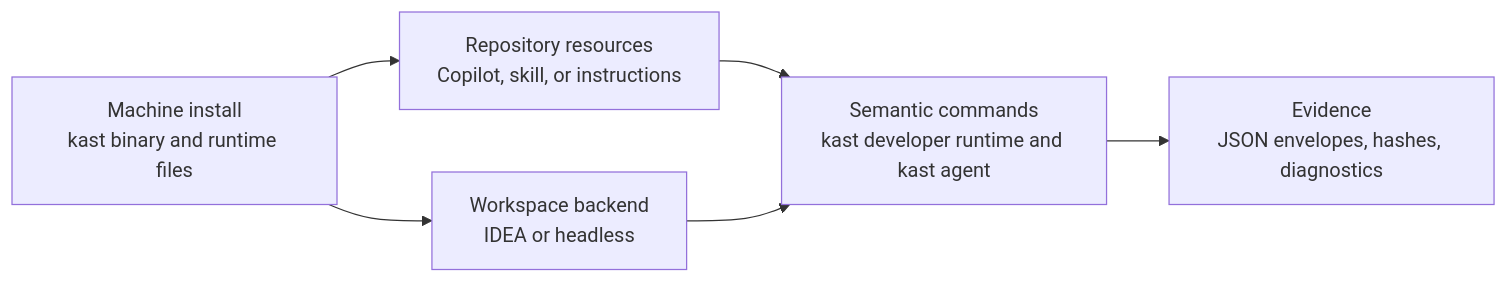
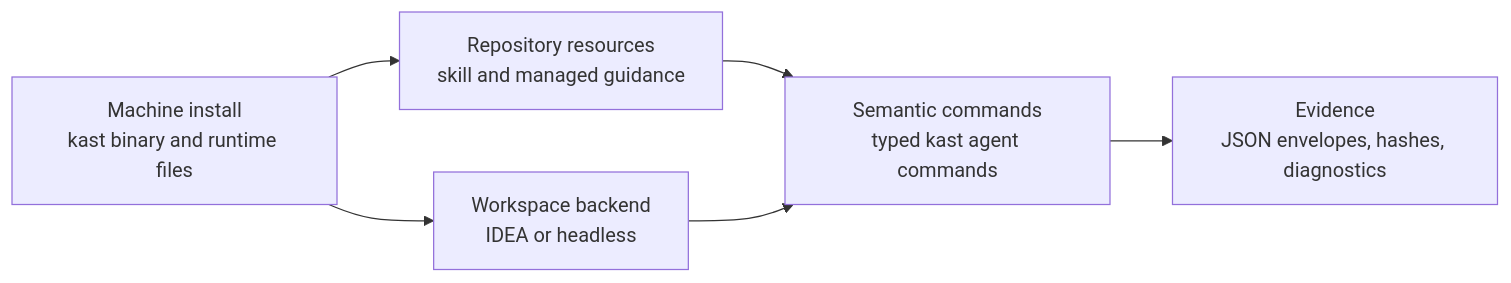
One commit to amichne/kast changed the diagram in docs/index.md. Above: the diagram before and after it, drawn with Mermaid. The commit also changed other lines of this file and 56 other files, not shown here.

Commit message:
refactor: simplify Kast agent and docs plumbing

````diff
--- a/docs/index.md
+++ b/docs/index.md
@@ -54,14 +54,14 @@
 ```mermaid
 flowchart LR
     machine["Machine install<br/>kast binary and runtime files"]
-    repo["Repository resources<br/>Copilot, skill, or instructions"]
+    repo["Repository resources<br/>skill and managed guidance"]
     backend["Workspace backend<br/>IDEA or headless"]
-    commands["Semantic commands<br/>kast developer runtime and kast agent"]
+    commands["Semantic commands<br/>typed kast agent commands"]
     evidence["Evidence<br/>JSON envelopes, hashes, diagnostics"]
 
     machine --> repo
     machine --> backend
     repo --> commands
     backend --> commands
     commands --> evidence
 ```
````
